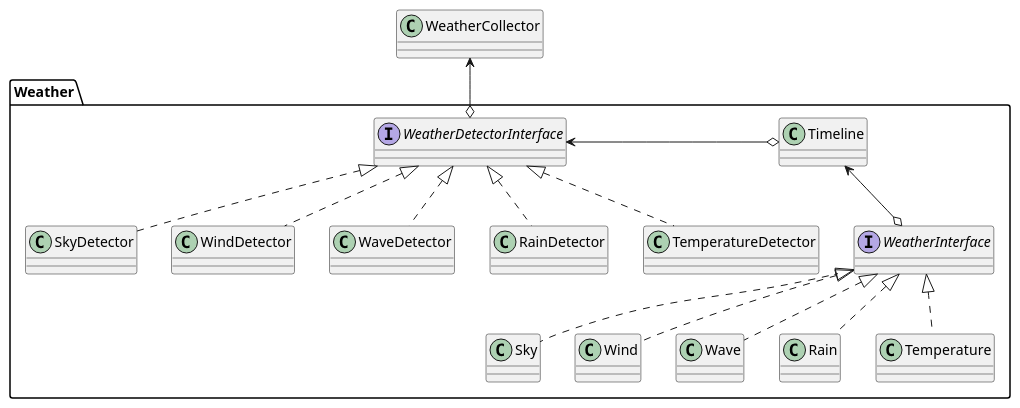
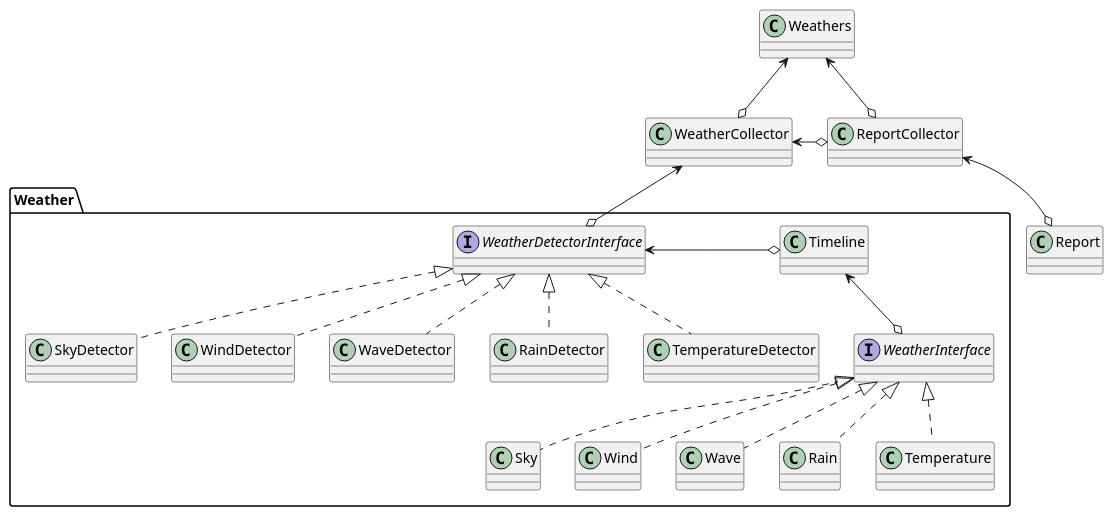
Before and after one commit to shuuuta/WeatherFromJMA: the diagram in README.md, drawn with PlantUML. The commit also changed other lines of this file, not shown here.

````diff
--- a/README.md
+++ b/README.md
@@ -6,29 +11,36 @@
 ```plantuml
 @startuml
+Weathers <--o WeatherCollector
+Weathers <--o ReportCollector
+WeatherCollector <-o ReportCollector
 WeatherCollector <--o Weather.WeatherDetectorInterface
+ReportCollector <--o Report
+
+class Weathers
 
 class WeatherCollector
+class ReportCollector
+class Report
 
 namespace Weather {
 	WeatherDetectorInterface <-o Timeline
 	Timeline <--o WeatherInterface
 
-	class Timeline {
-	}
+	class Timeline
 
 	interface WeatherDetectorInterface
 	class SkyDetector implements WeatherDetectorInterface
 	class WindDetector implements WeatherDetectorInterface
 	class WaveDetector implements WeatherDetectorInterface
 	class RainDetector implements WeatherDetectorInterface
 	class TemperatureDetector implements WeatherDetectorInterface
 
 	interface WeatherInterface
 	class Sky implements WeatherInterface
 	class Wind implements WeatherInterface
 	class Wave implements WeatherInterface
 	class Rain implements WeatherInterface
 	class Temperature implements WeatherInterface
 }
 @enduml
 ```
````
